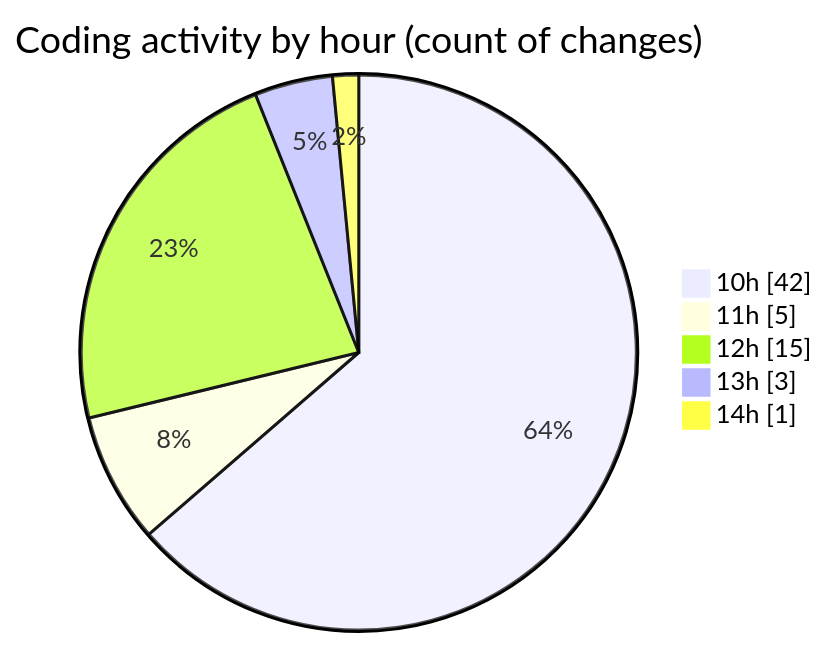
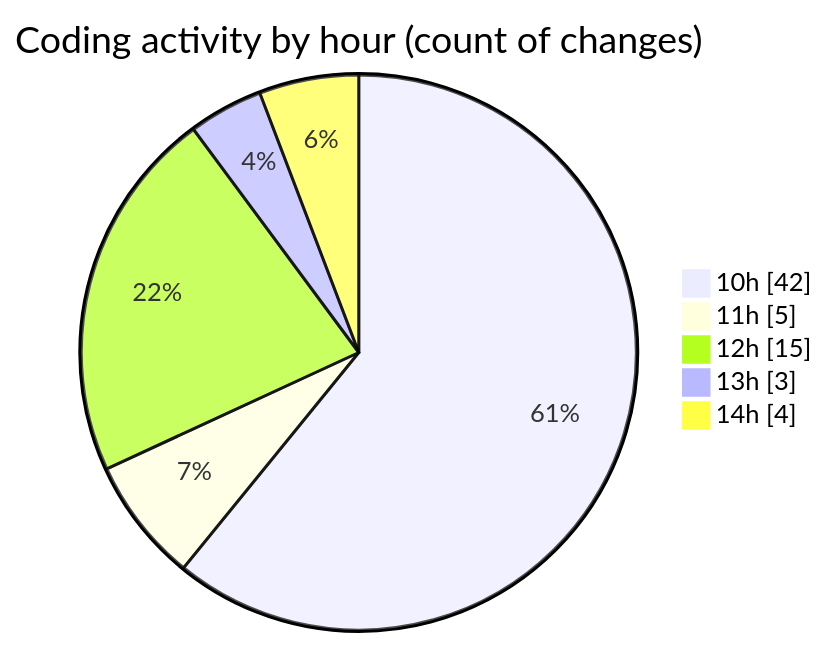
One commit to nxtqubesakshisongat/code-tracking changed the second of 2 diagrams in 2025-08-04/nxtqube_webapp/README.md. Above: the diagram before and after it, drawn with Mermaid. The commit also changed other lines of this file and 1 other file, not shown here.

````diff
--- a/2025-08-04/nxtqube_webapp/README.md
+++ b/2025-08-04/nxtqube_webapp/README.md
@@ -34,9 +34,9 @@
 ```mermaid
 pie showData
 title Coding activity by hour (count of changes)
 "10h" : 42
 "11h" : 5
 "12h" : 15
 "13h" : 3
-"14h" : 1
+"14h" : 4
 ```
````
